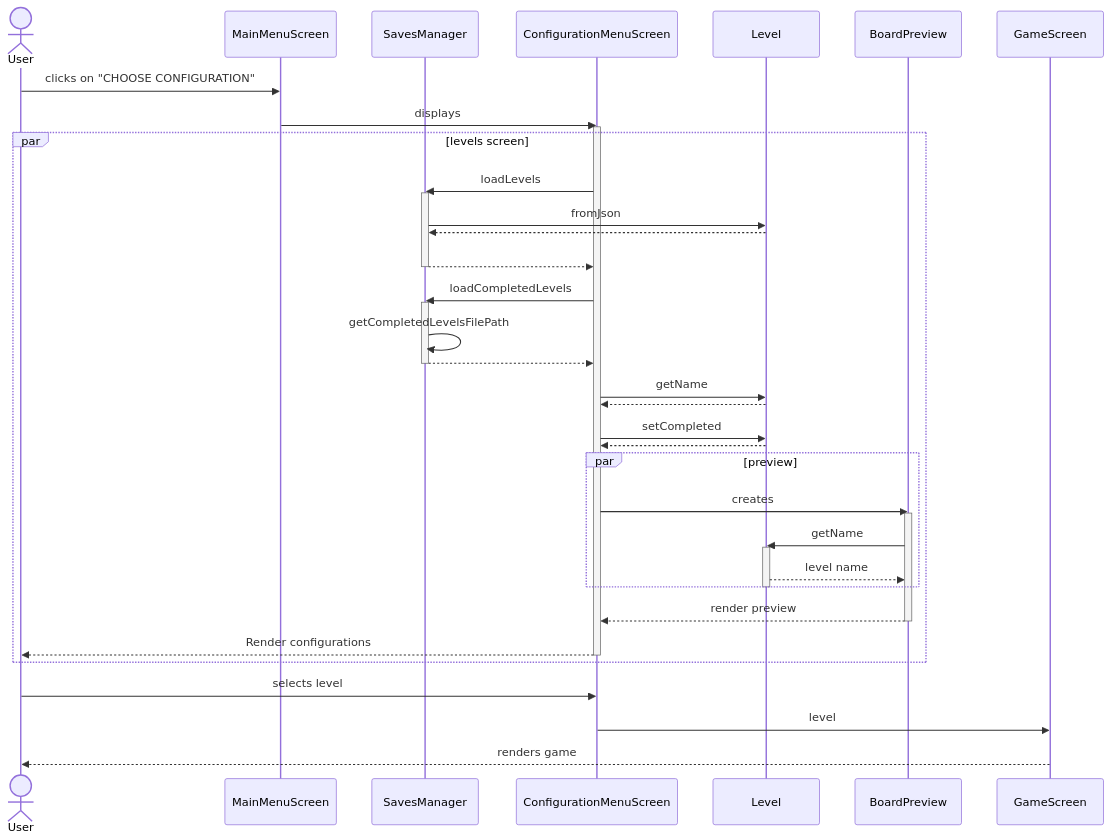
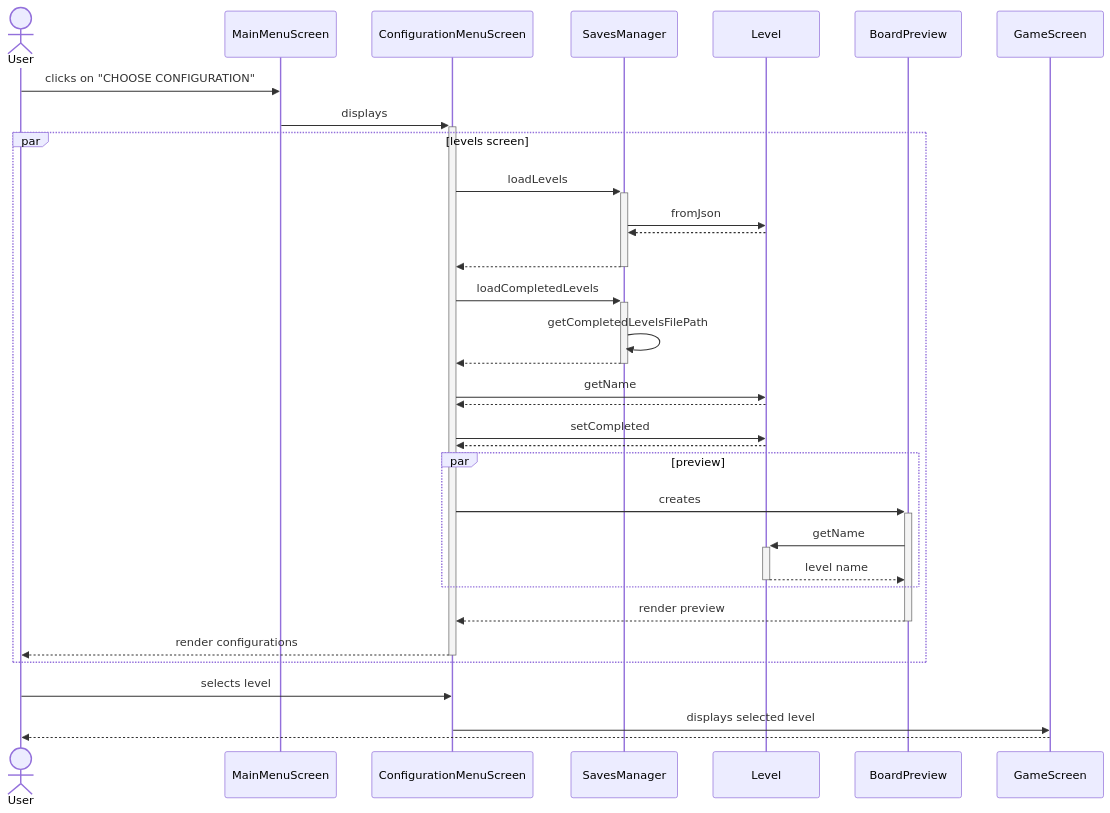
One commit to BIRSAx2/klotski changed the fifth of 14 diagrams in docs/sequence_diagram/index.md. Above: the diagram before and after it, drawn with Mermaid. The commit also changed other lines of this file, not shown here.

````diff
--- a/docs/sequence_diagram/index.md
+++ b/docs/sequence_diagram/index.md
@@ -166,61 +151,41 @@
 ```mermaid
 sequenceDiagram
     actor User
     participant MainMenuScreen
+    participant ConfigurationMenuScreen
     participant SavesManager
-    participant ConfigurationMenuScreen
     participant Level
     participant BoardPreview
     participant GameScreen
 
     User ->> MainMenuScreen: clicks on "CHOOSE CONFIGURATION"
 
-    MainMenuScreen ->> ConfigurationMenuScreen: displays
-    activate ConfigurationMenuScreen
-
+    MainMenuScreen ->>+ ConfigurationMenuScreen: displays
     par levels screen
-        ConfigurationMenuScreen ->> SavesManager: loadLevels
-        activate SavesManager
-
+        ConfigurationMenuScreen ->>+ SavesManager: loadLevels
         SavesManager ->> Level: fromJson
-
         Level -->> SavesManager: 
-
-        SavesManager -->> ConfigurationMenuScreen: #32;
-        deactivate SavesManager
-
-        ConfigurationMenuScreen ->> SavesManager: loadCompletedLevels
-        activate SavesManager
-
+        SavesManager -->>- ConfigurationMenuScreen: #32;
+        ConfigurationMenuScreen ->>+ SavesManager: loadCompletedLevels
         SavesManager ->> SavesManager: getCompletedLevelsFilePath
-
-        SavesManager -->> ConfigurationMenuScreen: 
-        deactivate SavesManager
-    
+        SavesManager -->>- ConfigurationMenuScreen: 
 
         ConfigurationMenuScreen ->> Level: getName
         Level -->> ConfigurationMenuScreen:  
 
         ConfigurationMenuScreen ->> Level: setCompleted
         Level -->> ConfigurationMenuScreen:  
 
         par preview
-            ConfigurationMenuScreen ->> BoardPreview: creates
-            activate BoardPreview
-            BoardPreview ->> Level: getName
-            activate Level
-            Level -->> BoardPreview: level name
+            ConfigurationMenuScreen ->>+ BoardPreview: creates
+            BoardPreview ->>+ Level: getName
+            Level -->>- BoardPreview: level name
         end
-
-        deactivate Level
-        BoardPreview -->> ConfigurationMenuScreen: render preview
-        deactivate BoardPreview
-
-        ConfigurationMenuScreen -->> User: Render configurations
-        deactivate ConfigurationMenuScreen
+        BoardPreview -->>- ConfigurationMenuScreen: render preview
+        ConfigurationMenuScreen -->>- User: render configurations
     end
 
     User ->> ConfigurationMenuScreen: selects level
-    ConfigurationMenuScreen ->> GameScreen: level
-    GameScreen -->> User: renders game
+    ConfigurationMenuScreen ->> GameScreen: displays selected level
+    GameScreen -->> User: 
 ```
````
